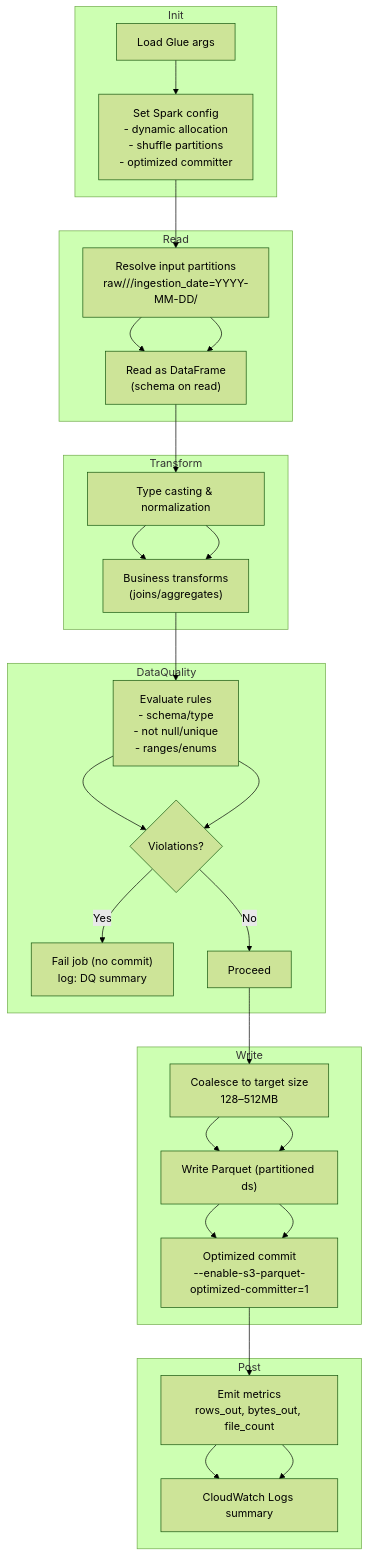
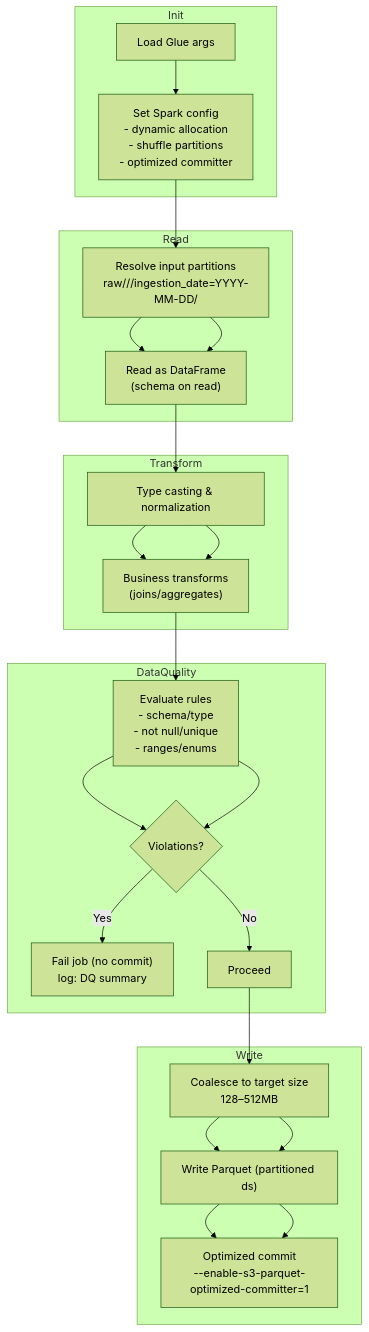
The diagram in docs/diagrams/transform/06-glue-job-internals.md (keemgdeok/fin-forge-pipeline), drawn with Mermaid (forest theme) before and after one commit. The commit also changed 20 other files, not shown here.

Commit message:
docs(specs/state-machine): catalog_update 입력 추가, SCHEMA_CHECK_FAILED 정의, 재시도 정책 갱신, 관측성 축약

````diff
--- a/docs/diagrams/transform/06-glue-job-internals.md
+++ b/docs/diagrams/transform/06-glue-job-internals.md
@@ -3,34 +3,30 @@
 ```mermaid
 flowchart TD
   subgraph Init
     A1["Load Glue args"] --> A2["Set Spark config<br/>- dynamic allocation<br/>- shuffle partitions<br/>- optimized committer"]
   end
 
   subgraph Read
     R1["Resolve input partitions<br/>raw/<domain>/<table>/ingestion_date=YYYY-MM-DD/"] --> R2["Read as DataFrame<br/>(schema on read)"]
   end
 
   subgraph Transform
     T1["Type casting & normalization"] --> T2["Business transforms<br/>(joins/aggregates)"]
   end
 
   subgraph DataQuality
     DQ1["Evaluate rules<br/>- schema/type<br/>- not null/unique<br/>- ranges/enums"] --> DQ2{Violations?}
     DQ2 -->|Yes| DQF["Fail job (no commit)<br/>log: DQ summary"]
     DQ2 -->|No| DQP["Proceed"]
   end
 
   subgraph Write
     W1["Coalesce to target size<br/>128–512MB"] --> W2["Write Parquet (partitioned ds)"]
     W2 --> W3["Optimized commit<br/>--enable-s3-parquet-optimized-committer=1"]
   end
 
-  subgraph Post
-    P1["Emit metrics<br/>rows_out, bytes_out, file_count"] --> P2["CloudWatch Logs summary"]
-  end
-
   A2 --> R1 --> R2 --> T1 --> T2 --> DQ1 --> DQ2
-  DQP --> W1 --> W2 --> W3 --> P1 --> P2
+  DQP --> W1 --> W2 --> W3
 
   classDef note fill:#eef7ff,stroke:#3d7ea6,color:#244a5b;
 ```
````
